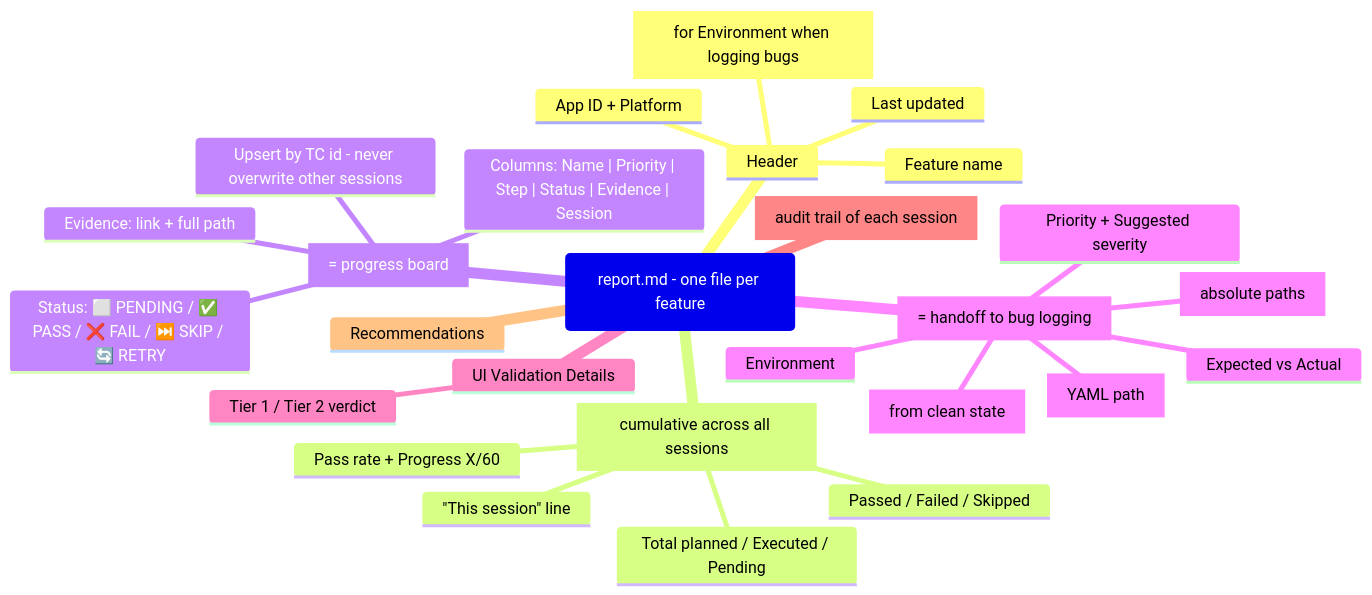
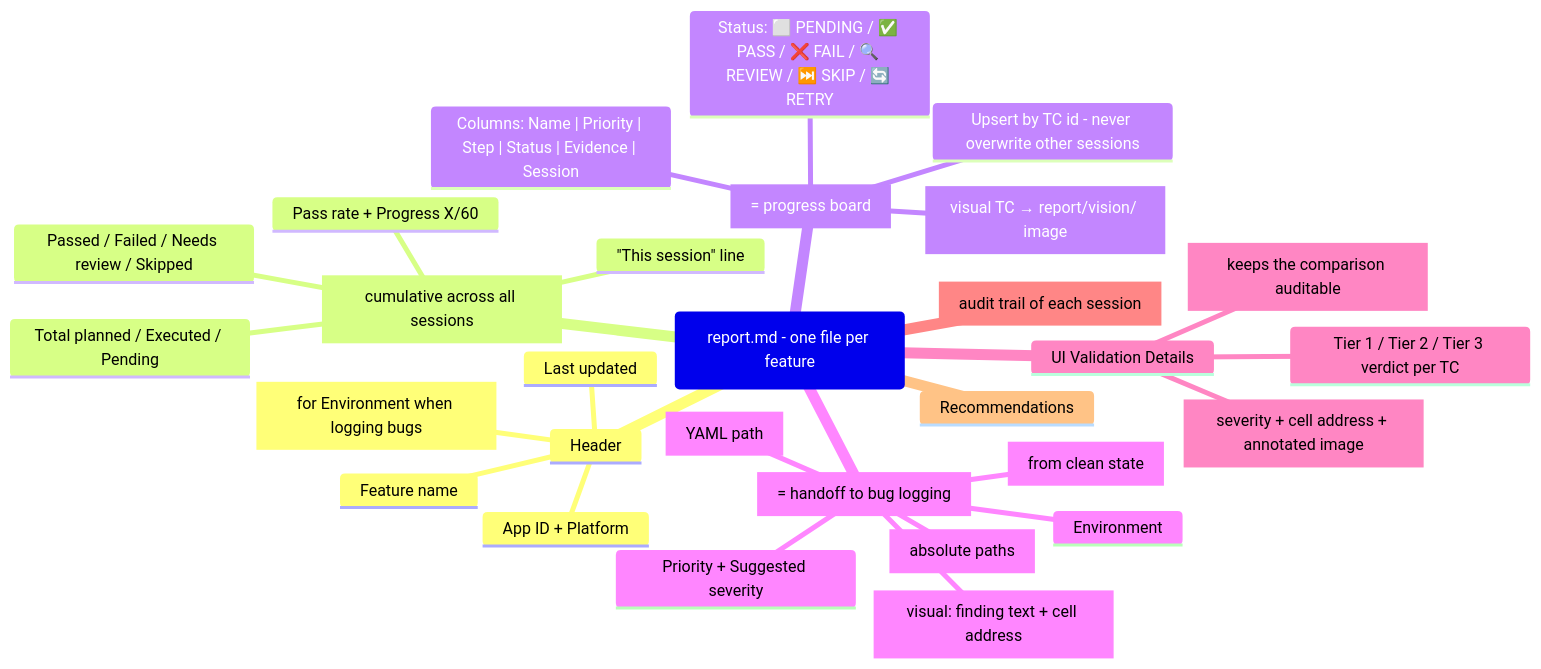
The tenth of 11 diagrams in maestro-test-executor/DOC.md (anhdo9797/my_skills), drawn with Mermaid before and after one commit. The commit also changed other lines of this file and 7 other files, not shown here.

````diff
--- a/maestro-test-executor/DOC.md
+++ b/maestro-test-executor/DOC.md
@@ -258,30 +307,32 @@
 ```mermaid
 mindmap
   root(report.md - one file per feature)
     Header
       App ID + Platform
       Feature name
       Device / OS / Build [for Environment when logging bugs]
       Last updated
     Summary [cumulative across all sessions]
       Total planned / Executed / Pending
-      Passed / Failed / Skipped
+      Passed / Failed / Needs review / Skipped
       Pass rate + Progress X/60
       "This session" line
     Test Results Table [= progress board]
       Columns: Name | Priority | Step | Status | Evidence | Session
-      Status: ⬜ PENDING / ✅ PASS / ❌ FAIL / ⏭️ SKIP / 🔄 RETRY
+      Status: ⬜ PENDING / ✅ PASS / ❌ FAIL / 🔍 REVIEW / ⏭️ SKIP / 🔄 RETRY
       Upsert by TC id - never overwrite other sessions
-      Evidence: link + full path
+      Evidence: link + full path [visual TC → report/vision/ image]
     Failed Test Details [= handoff to bug logging]
       Priority + Suggested severity
       Environment
       Steps to Reproduce [from clean state]
-      Expected vs Actual
+      Expected vs Actual [visual: finding text + cell address]
       Screenshots [absolute paths]
       Reproduction flow [YAML path]
     UI Validation Details
-      Tier 1 / Tier 2 verdict
+      Tier 1 / Tier 2 / Tier 3 verdict per TC
+      Tier 3 findings [severity + cell address + annotated image]
+      Excluded as data-driven [keeps the comparison auditable]
     Session Log [audit trail of each session]
     Recommendations
 ```
````
